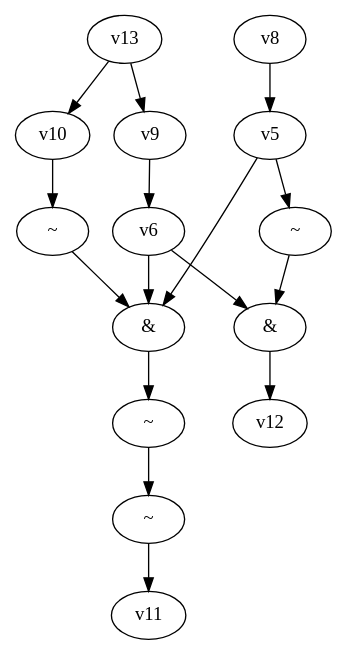
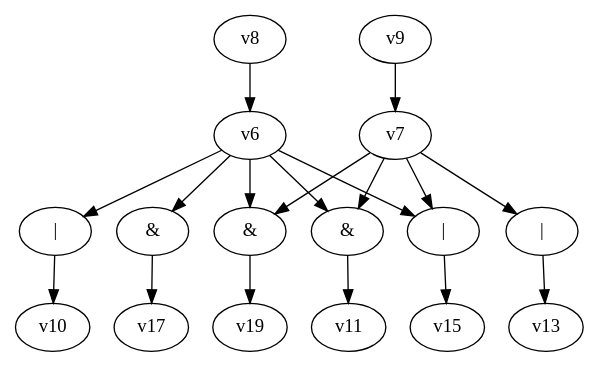
The diagram in dot_files/random_bool_circ.dot (yadej/graph_project), drawn with Graphviz before and after one commit. The commit also changed 1 other file, not shown here.

```diff
--- a/dot_files/random_bool_circ.dot
+++ b/dot_files/random_bool_circ.dot
@@ -1,23 +1,21 @@
 digraph G { 
-v0 [label="~"]; 
-v1 [label="~"]; 
-v2 [label="&"]; 
-v3 [label="~"]; 
-v4 [label="&"]; 
-v7 [label="~"]; 
-v0 -> v11;
-v1 -> v0;
-v2 -> v12;
-v3 -> v2;
-v4 -> v1;
-v5 -> v3;
-v5 -> v4;
-v6 -> v2;
-v6 -> v4;
-v7 -> v4;
-v8 -> v5;
-v9 -> v6;
-v10 -> v7;
-v13 -> v9;
-v13 -> v10;
+v0 [label="|"]; 
+v1 [label="&"]; 
+v12 [label="|"]; 
+v14 [label="|"]; 
+v16 [label="&"]; 
+v18 [label="&"]; 
+v0 -> v10;
+v1 -> v11;
+v6 -> v0;
+v6 -> v1;
+v6 -> v14 -> v15;
+v6 -> v16 -> v17;
+v6 -> v18 -> v19;
+v7 -> v1;
+v7 -> v12 -> v13;
+v7 -> v14;
+v7 -> v18;
+v8 -> v6;
+v9 -> v7;
 }
```
